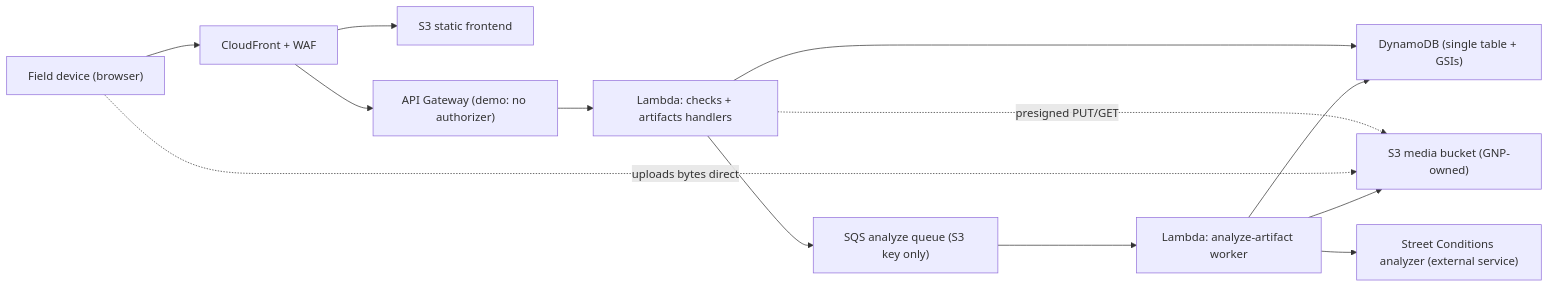
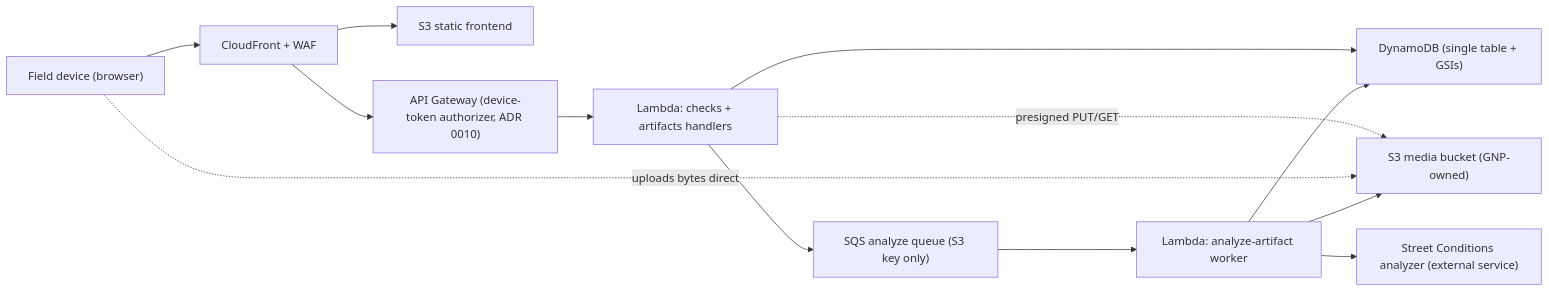
One commit to Mayor-s-Office-of-Innovation/good-neighbor-app changed the first of 2 diagrams in docs/architecture.md. Above: the diagram before and after it, drawn with Mermaid. The commit also changed other lines of this file and 6 other files, not shown here.

````diff
--- a/docs/architecture.md
+++ b/docs/architecture.md
@@ -5,15 +5,15 @@
 ```mermaid
 flowchart LR
   user["Field device (browser)"] --> cloudfront["CloudFront + WAF"]
   cloudfront --> frontend["S3 static frontend"]
-  cloudfront --> api["API Gateway (demo: no authorizer)"]
+  cloudfront --> api["API Gateway (device-token authorizer, ADR 0010)"]
   api --> checks["Lambda: checks + artifacts handlers"]
   checks --> dynamodb["DynamoDB (single table + GSIs)"]
   checks -. presigned PUT/GET .-> media["S3 media bucket (GNP-owned)"]
   user -. uploads bytes direct .-> media
   checks --> sqs["SQS analyze queue (S3 key only)"]
   sqs --> worker["Lambda: analyze-artifact worker"]
   worker --> media
   worker --> dynamodb
   worker --> analyzer["Street Conditions analyzer (external service)"]
 ```
````
